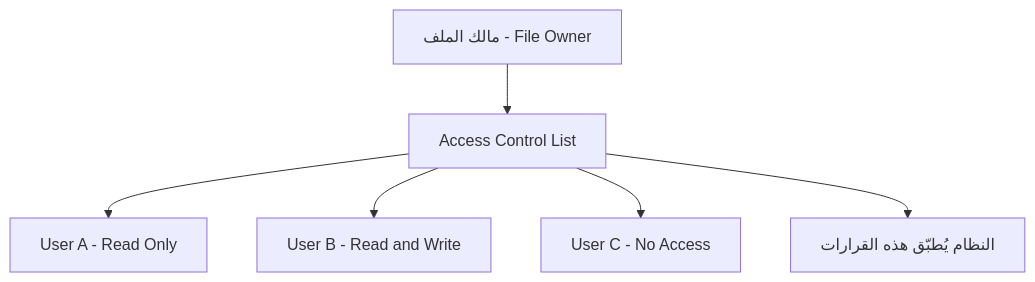
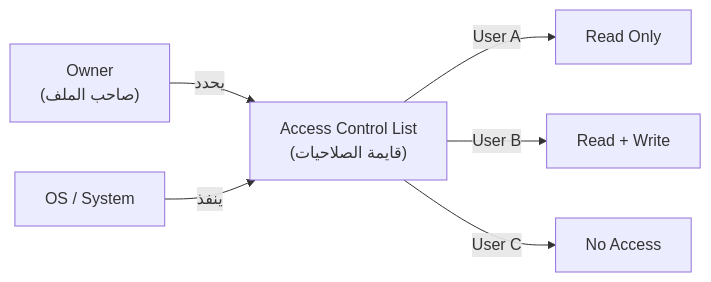
Before and after one commit to ammaryasser28/Introduction-To-Cyber-Security: diagram 11 of 13 in CIA, AAA & PPT.md, drawn with Mermaid. The commit also changed other lines of this file, not shown here.

````diff
--- a/CIA, AAA & PPT.md
+++ b/CIA, AAA & PPT.md
@@ -465,10 +391,8 @@
 ```mermaid
-graph TD
-    Owner[مالك الملف - File Owner]
-    Owner --> ACL[Access Control List]
-    ACL --> User1[User A - Read Only]
-    ACL --> User2[User B - Read and Write]
-    ACL --> User3[User C - No Access]
-    System[النظام يُطبّق هذه القرارات]
-    ACL --> System
+flowchart LR
+    Owner["Owner\n(صاحب الملف)"] -->|"يحدد"| ACL["Access Control List\n(قايمة الصلاحيات)"]
+    ACL -->|"User A"| Read["Read Only"]
+    ACL -->|"User B"| ReadWrite["Read + Write"]
+    ACL -->|"User C"| NoAccess["No Access"]
+    System["OS / System"] -->|"ينفذ"| ACL
 ```
````
